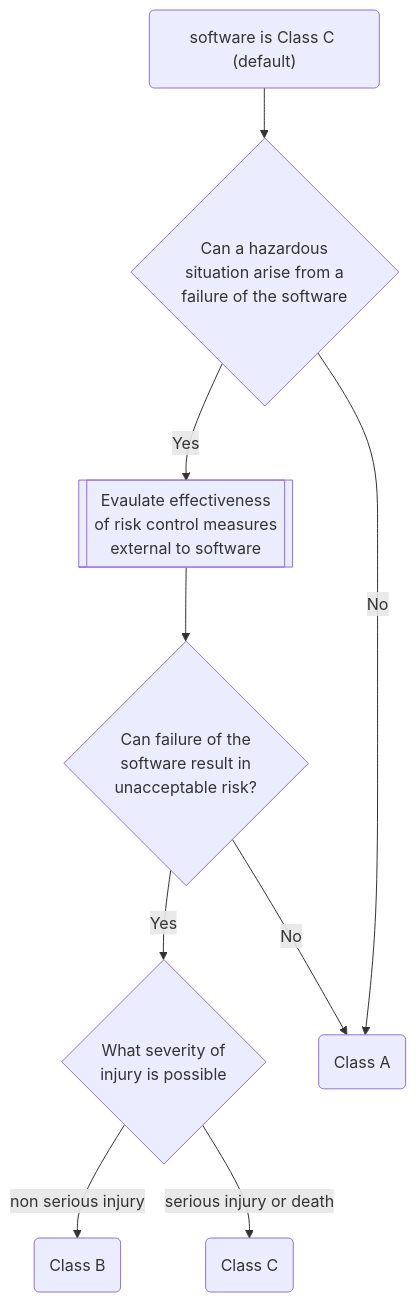
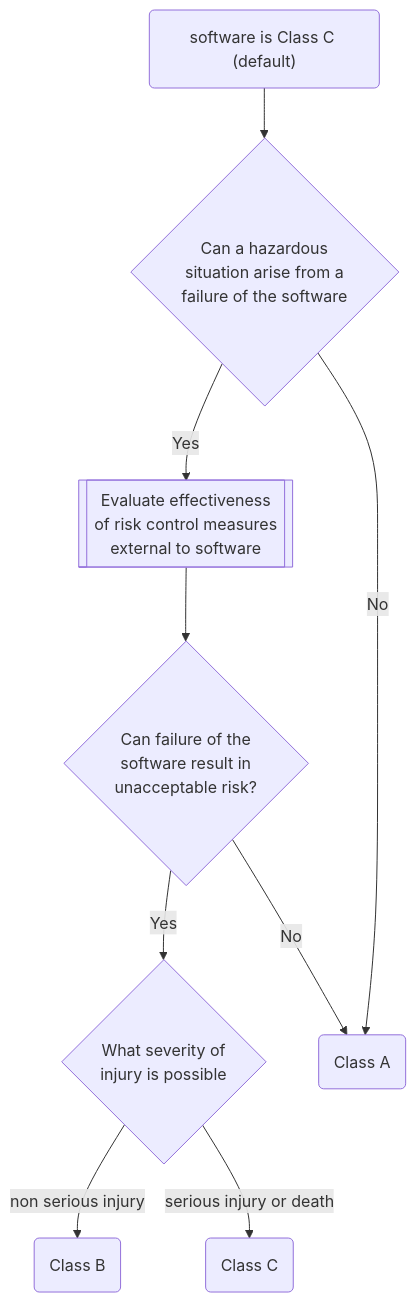
One commit to VKGL-Kwaliteit/BioinformaticaVeldnorm changed the diagram in docs/index.md. Above: the diagram before and after it, drawn with Mermaid. The commit also changed other lines of this file and 1 other file, not shown here.

Commit message:
feat: write a more extensive policy for working with SOUPs. Classify different types of SOUP and allow grouping SOUPs.

````diff
--- a/docs/index.md
+++ b/docs/index.md
@@ -42,11 +42,11 @@
 ```mermaid
 flowchart TD
     A("software is Class C (default)") --> B{Can a hazardous <br> situation arise from a <br> failure of the software}
-    B -->|Yes| C[[Evaulate effectiveness <br> of risk control measures <br> external to software]]
+    B -->|Yes| C[[Evaluate effectiveness <br> of risk control measures <br> external to software]]
     C --> D{Can failure of the <br> software result in <br> unacceptable risk?}
     D -->|Yes| E{What severity of <br> injury is possible}
     E -->|non serious injury| G(Class B)
     E -->|serious injury or death| H(Class C)
     B -->|No| F(Class A)
     D -->|No| F(Class A)
 ```
````
